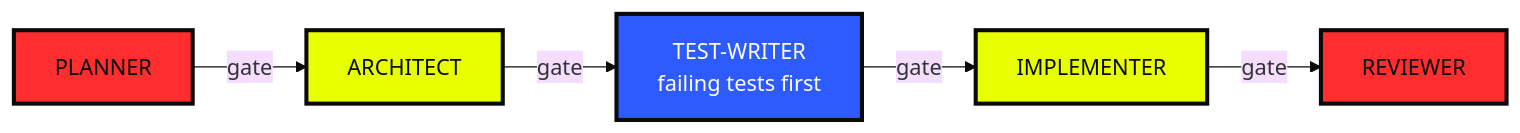
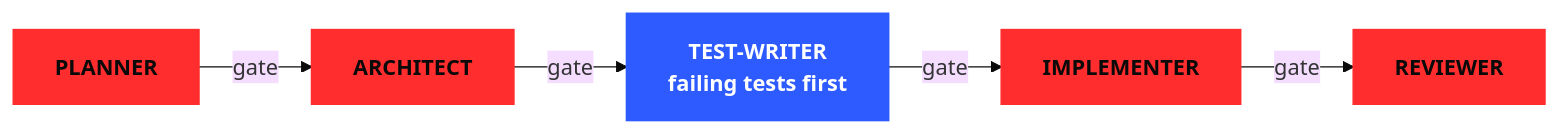
Before and after one commit to lestairon/lestairon: the diagram in README.md, drawn with Mermaid (base theme). The commit also changed other lines of this file, not shown here.

````diff
--- a/README.md
+++ b/README.md
@@ -31,7 +27,6 @@
 ```mermaid
 flowchart LR
-  P[PLANNER]:::red -->|gate| A[ARCHITECT]:::acid -->|gate| T[TEST-WRITER<br/>failing tests first]:::blue -->|gate| I[IMPLEMENTER]:::acid -->|gate| R[REVIEWER]:::red
-  classDef red fill:#FF2D2D,stroke:#0A0A0A,stroke-width:3px,color:#0A0A0A
-  classDef acid fill:#E8FF00,stroke:#0A0A0A,stroke-width:3px,color:#0A0A0A
-  classDef blue fill:#2D5BFF,stroke:#0A0A0A,stroke-width:3px,color:#FFFDF7
+  P[PLANNER]:::red -->|gate| A[ARCHITECT]:::red -->|gate| T[TEST-WRITER<br/>failing tests first]:::blue -->|gate| I[IMPLEMENTER]:::red -->|gate| R[REVIEWER]:::red
+  classDef red fill:#FF2D2D,stroke:#FF2D2D,stroke-width:2px,color:#0A0A0A,font-weight:bold
+  classDef blue fill:#2D5BFF,stroke:#2D5BFF,stroke-width:2px,color:#FFFFFF,font-weight:bold
 ```
````
